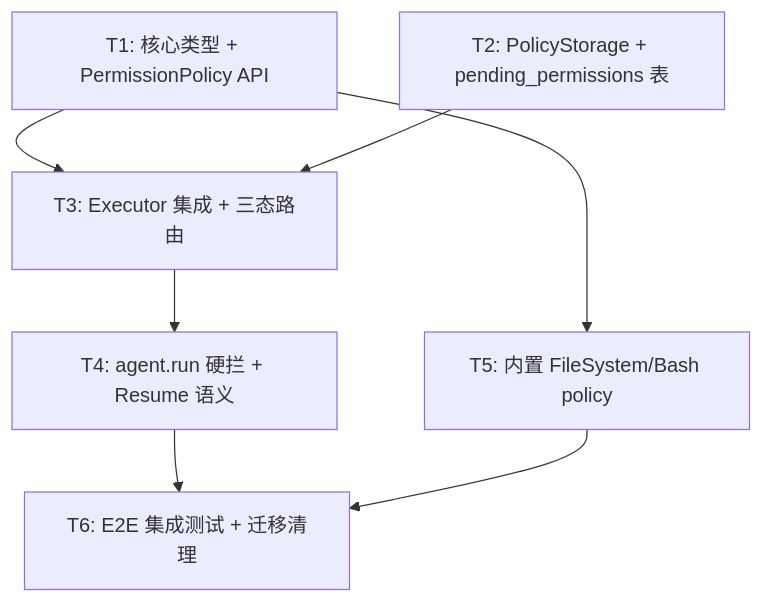
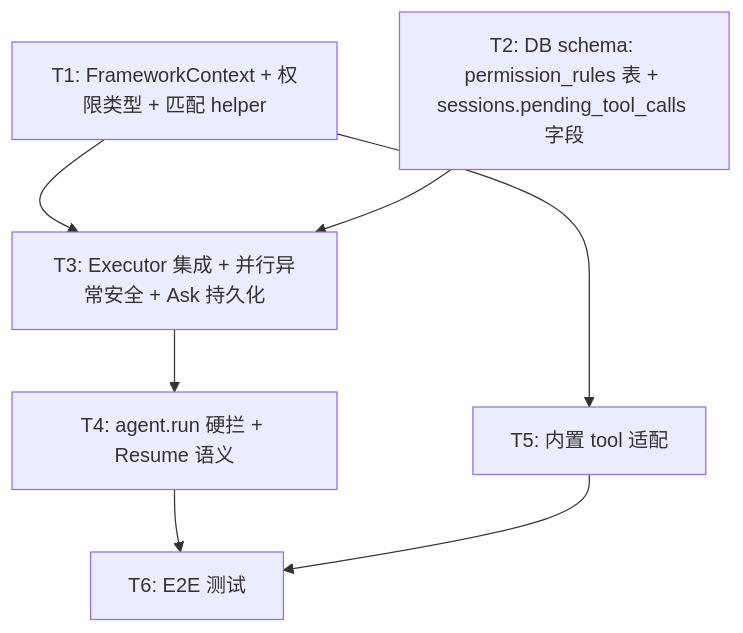
One commit to pcj-sudo/NexAU changed the diagram in docs/rfcs/0019-tool-permission-management.md. Above: the diagram before and after it, drawn with Mermaid. The commit also changed other lines of this file and 1 other file, not shown here.

````diff
--- a/docs/rfcs/0019-tool-permission-management.md
+++ b/docs/rfcs/0019-tool-permission-management.md
@@ -468,16 +475,16 @@
 ```mermaid
 graph TD
-    T1[T1: 核心类型 + PermissionPolicy API]
-    T2[T2: PolicyStorage + pending_permissions 表]
-    T3[T3: Executor 集成 + 三态路由]
+    T1[T1: FrameworkContext + 权限类型 + 匹配 helper]
+    T2[T2: DB schema: permission_rules 表 + sessions.pending_tool_calls 字段]
+    T3[T3: Executor 集成 + 并行异常安全 + Ask 持久化]
     T4[T4: agent.run 硬拦 + Resume 语义]
-    T5[T5: 内置 FileSystem/Bash policy]
-    T6[T6: E2E 集成测试 + 迁移清理]
+    T5[T5: 内置 tool 适配]
+    T6[T6: E2E 测试]
 
     T1 --> T3
     T2 --> T3
     T3 --> T4
     T1 --> T5
     T4 --> T6
     T5 --> T6
 ```
````
